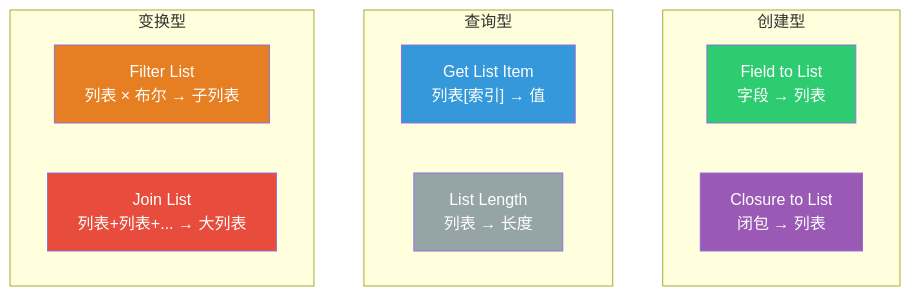
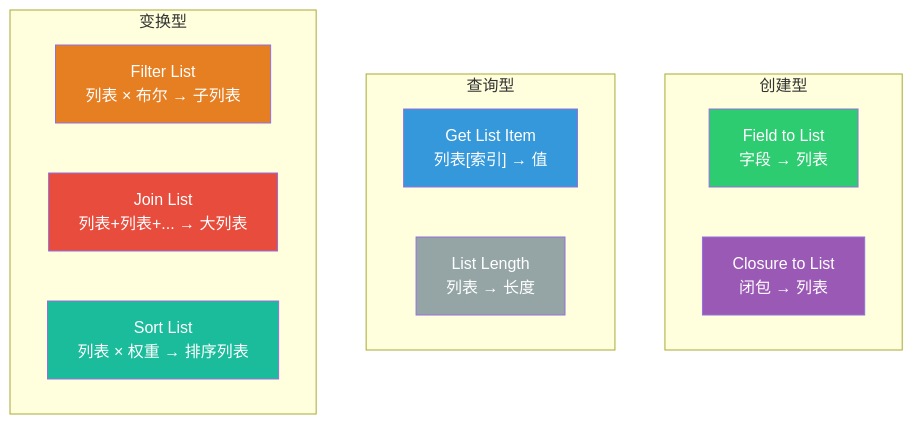
The first of 7 diagrams in 杂/markdown/几何节点-列表/12-列表节点对比与设计总结.md (yunkezengren/blender-.vscode), drawn with Mermaid before and after one commit. The commit also changed other lines of this file and 5 other files, not shown here.

````diff
--- a/杂/markdown/几何节点-列表/12-列表节点对比与设计总结.md
+++ b/杂/markdown/几何节点-列表/12-列表节点对比与设计总结.md
@@ -22,24 +22,26 @@
 ```mermaid
 graph TB
     subgraph "创建型"
         F2L["Field to List<br/>字段 → 列表"]
         C2L["Closure to List<br/>闭包 → 列表"]
     end
 
     subgraph "查询型"
         GLI["Get List Item<br/>列表[索引] → 值"]
         LL["List Length<br/>列表 → 长度"]
     end
 
     subgraph "变换型"
         FL["Filter List<br/>列表 × 布尔 → 子列表"]
         JL["Join List<br/>列表+列表+... → 大列表"]
+        SL["Sort List<br/>列表 × 权重 → 排序列表"]
     end
 
     style F2L fill:#2ecc71,color:#fff
     style C2L fill:#9b59b6,color:#fff
     style GLI fill:#3498db,color:#fff
     style LL fill:#95a5a6,color:#fff
     style FL fill:#e67e22,color:#fff
     style JL fill:#e74c3c,color:#fff
+    style SL fill:#1abc9c,color:#fff
 ```
````
